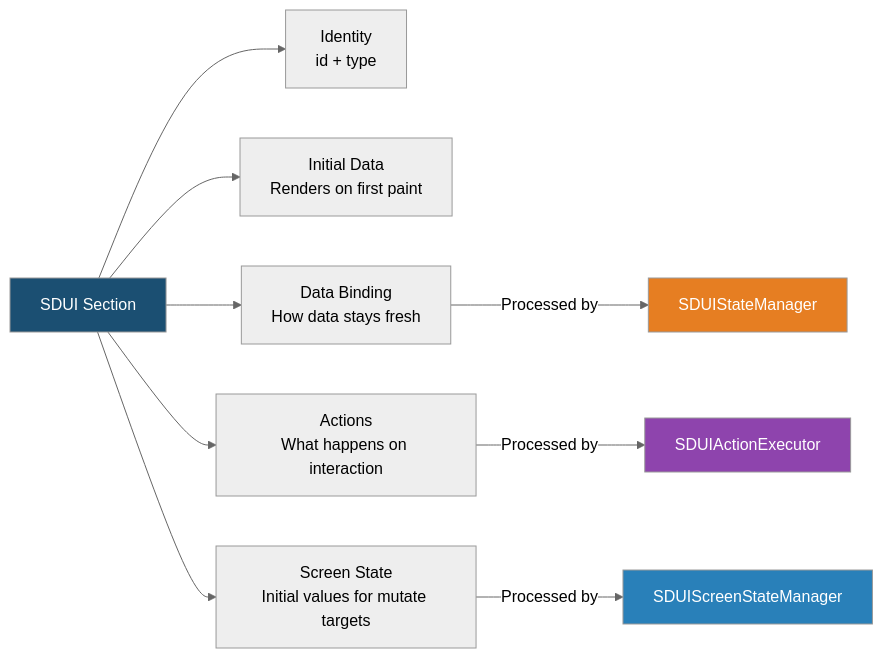
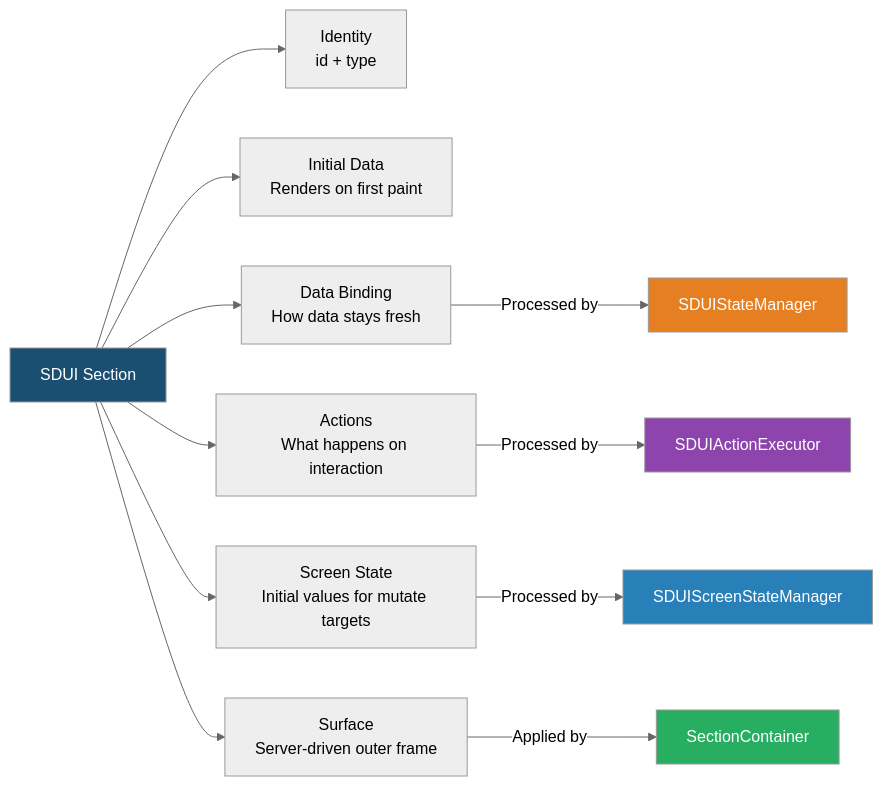
One commit to bakburner/sdui-learn changed the second of 11 diagrams in docs/sdui-requirements-summary.md. Above: the diagram before and after it, drawn with Mermaid (neutral theme). The commit also changed other lines of this file and 11 other files, not shown here.

````diff
--- a/docs/sdui-requirements-summary.md
+++ b/docs/sdui-requirements-summary.md
@@ -129,17 +129,20 @@
 ```mermaid
 graph LR
     S[SDUI Section] --> ID["Identity<br/>id + type"]
     S --> DATA["Initial Data<br/>Renders on first paint"]
     S --> DB["Data Binding<br/>How data stays fresh"]
     S --> ACT["Actions<br/>What happens on interaction"]
     S --> STATE["Screen State<br/>Initial values for mutate targets"]
+    S --> SURF["Surface<br/>Server-driven outer frame"]
     
     DB -->|Processed by| SM[SDUIStateManager]
     ACT -->|Processed by| AE[SDUIActionExecutor]
     STATE -->|Processed by| SSM[SDUIScreenStateManager]
+    SURF -->|Applied by| SC[SectionContainer]
     
     style S fill:#1B4F72,color:#fff
     style SM fill:#E67E22,color:#fff
     style AE fill:#8E44AD,color:#fff
     style SSM fill:#2980B9,color:#fff
+    style SC fill:#27AE60,color:#fff
 ```
````
